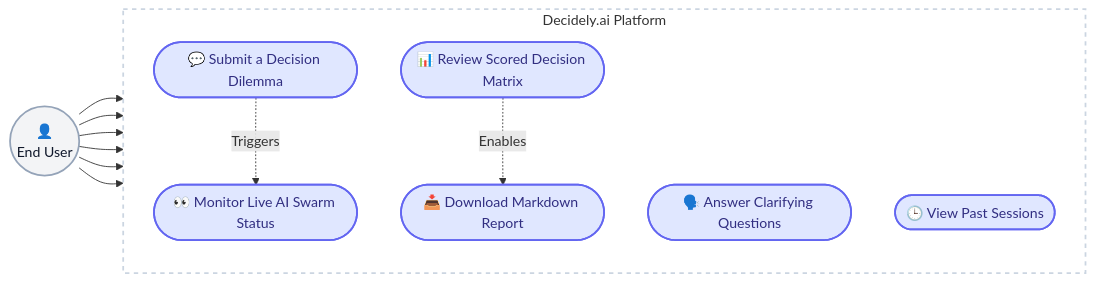
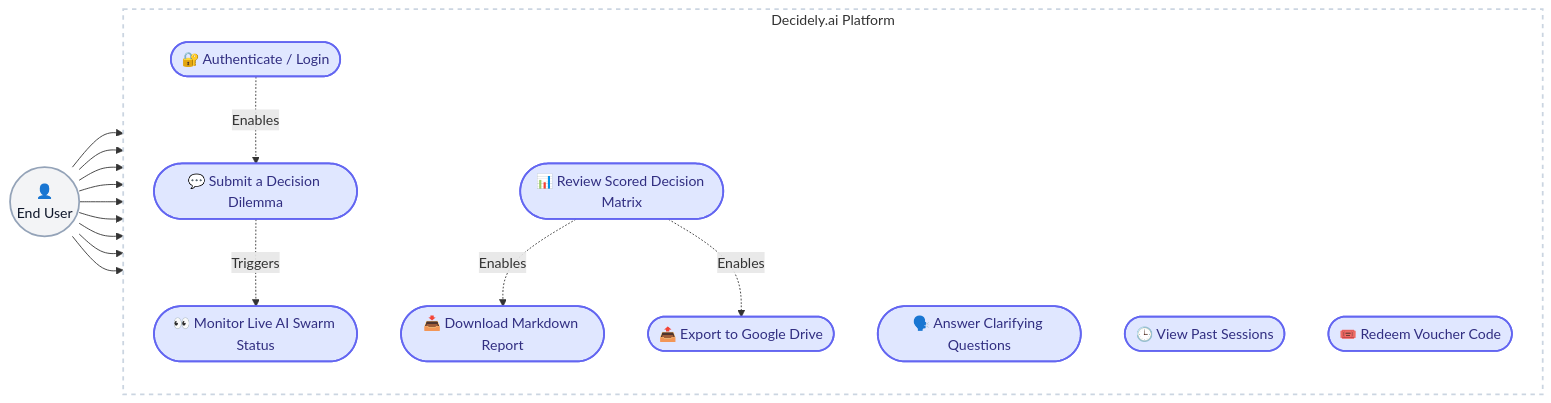
The first of 6 diagrams in README.md (withered-flowers/apps-hackathon-project-adk), drawn with Mermaid before and after one commit. The commit also changed other lines of this file and 1 other file, not shown here.

````diff
--- a/README.md
+++ b/README.md
@@ -27,34 +27,42 @@
 ```mermaid
 flowchart LR
     %% Styling
     classDef actor fill:#f3f4f6,stroke:#94a3b8,stroke-width:2px,color:#0f172a
     classDef usecase fill:#e0e7ff,stroke:#6366f1,stroke-width:2px,rx:20px,ry:20px,color:#312e81
     classDef boundary fill:#ffffff,stroke:#cbd5e1,stroke-width:2px,stroke-dasharray: 5 5
 
     %% Actor
     User((👤 <br/>End User)):::actor
 
     %% System Boundary
     subgraph System [Decidely.ai Platform]
         direction TB
+        UC0([🔐 Authenticate / Login]):::usecase
         UC1([💬 Submit a Decision Dilemma]):::usecase
         UC2([🗣️ Answer Clarifying Questions]):::usecase
         UC3([👀 Monitor Live AI Swarm Status]):::usecase
         UC4([📊 Review Scored Decision Matrix]):::usecase
         UC5([📥 Download Markdown Report]):::usecase
         UC6([🕒 View Past Sessions]):::usecase
+        UC7([📤 Export to Google Drive]):::usecase
+        UC8([🎟️ Redeem Voucher Code]):::usecase
     end
     class System boundary
 
     %% Interactions
+    User --> UC0
     User --> UC1
     User --> UC2
     User --> UC3
     User --> UC4
     User --> UC5
     User --> UC6
+    User --> UC7
+    User --> UC8
 
     %% Optional dependency flow
+    UC0 -.->|Enables| UC1
     UC1 -.->|Triggers| UC3
     UC4 -.->|Enables| UC5
+    UC4 -.->|Enables| UC7
 ```
````
